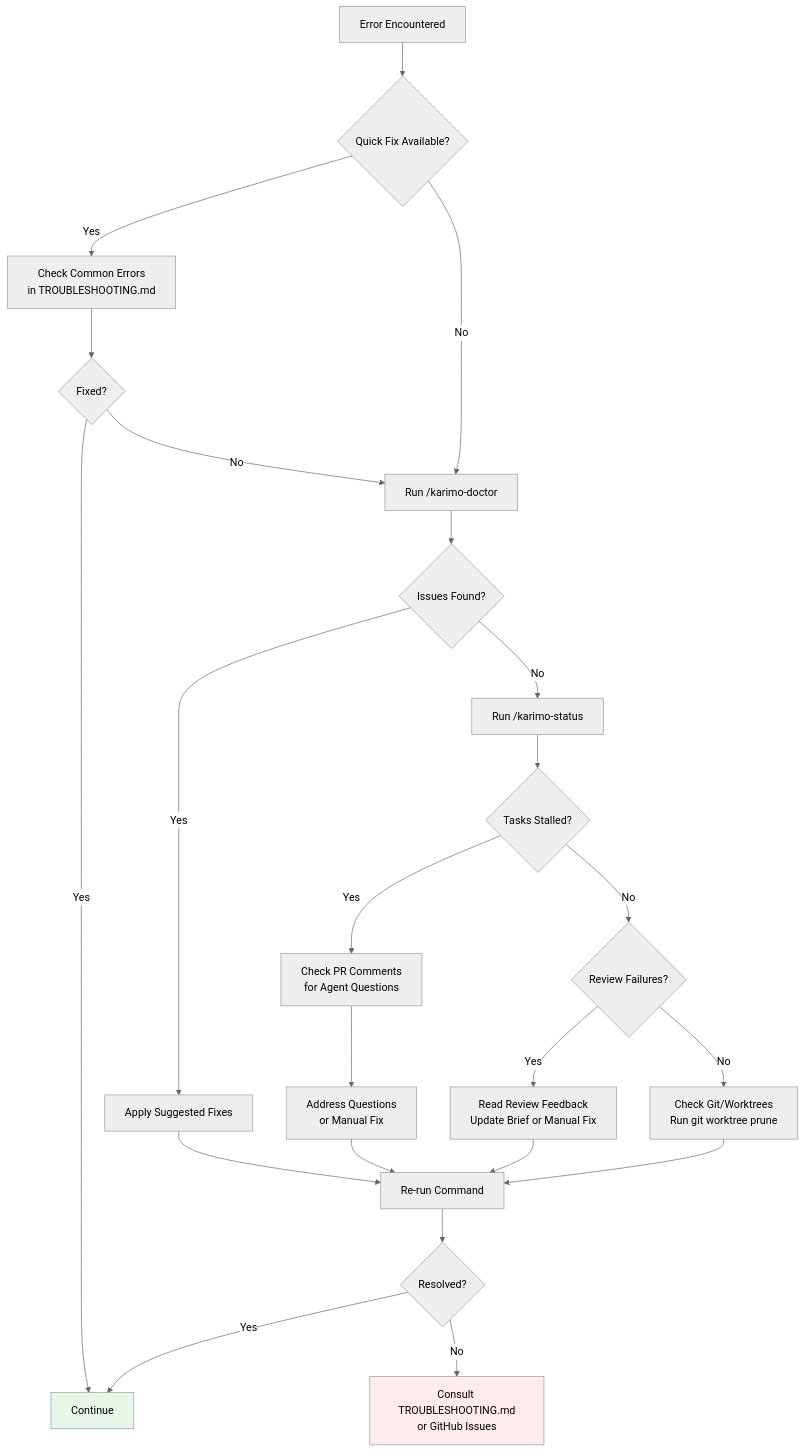
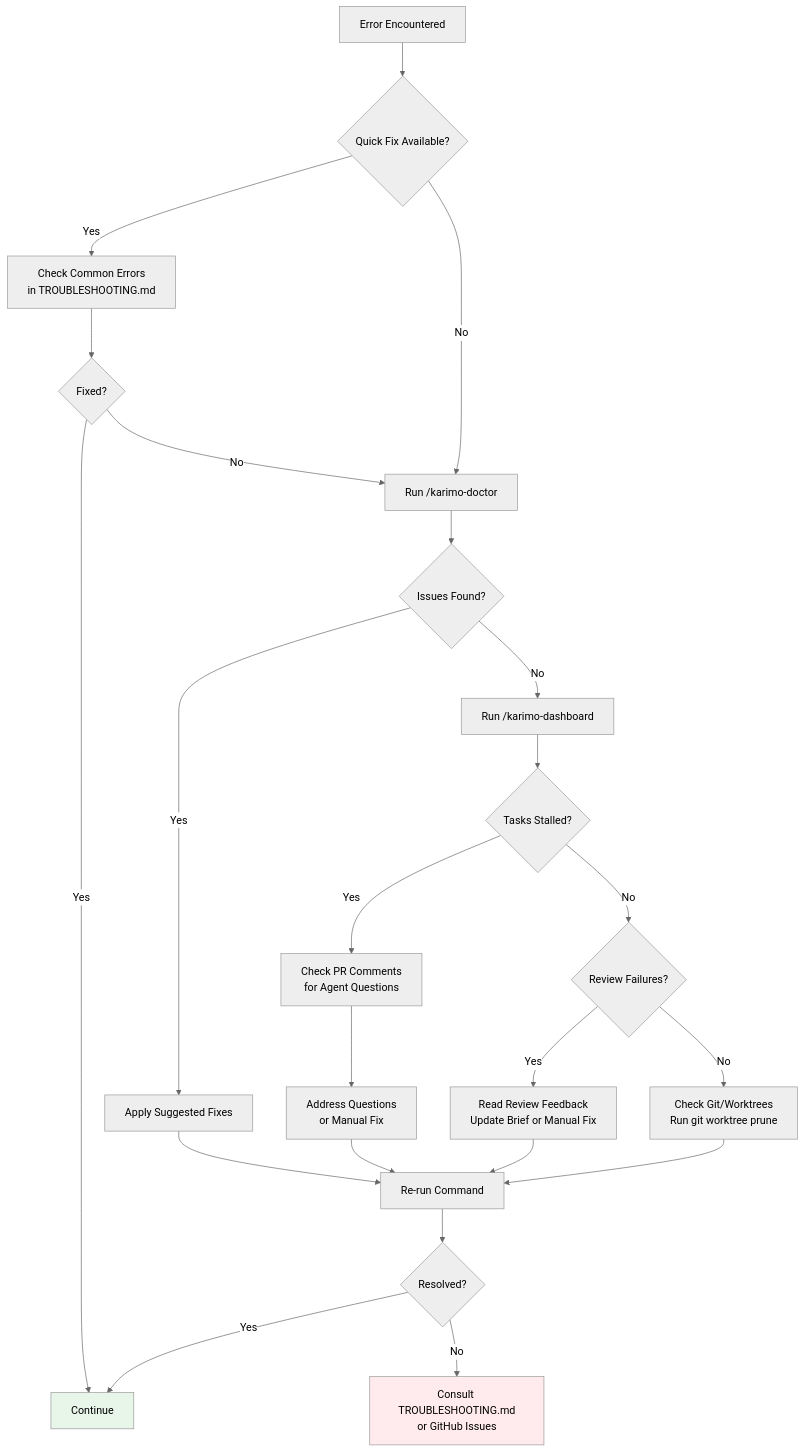
The fourth of 4 diagrams in .karimo/docs/DECISION_TREES.md (opensesh/KARIMO), drawn with Mermaid (neutral theme) before and after one commit. The commit also changed other lines of this file and 7 other files, not shown here.

````diff
--- a/.karimo/docs/DECISION_TREES.md
+++ b/.karimo/docs/DECISION_TREES.md
@@ -535,37 +535,37 @@
 ```mermaid
 graph TD
     A[Error Encountered] --> B{Quick Fix Available?}
 
     B -->|Yes| C[Check Common Errors<br/>in TROUBLESHOOTING.md]
     B -->|No| D[Run /karimo-doctor]
 
     C --> E{Fixed?}
     E -->|Yes| F[Continue]
     E -->|No| D
 
     D --> G{Issues Found?}
     G -->|Yes| H[Apply Suggested Fixes]
-    G -->|No| I[Run /karimo-status]
+    G -->|No| I[Run /karimo-dashboard]
 
     H --> J[Re-run Command]
 
     I --> K{Tasks Stalled?}
     K -->|Yes| L[Check PR Comments<br/>for Agent Questions]
     K -->|No| M{Review Failures?}
 
     L --> N[Address Questions<br/>or Manual Fix]
     N --> J
 
     M -->|Yes| O[Read Review Feedback<br/>Update Brief or Manual Fix]
     M -->|No| P[Check Git/Worktrees<br/>Run git worktree prune]
 
     O --> J
     P --> J
 
     J --> Q{Resolved?}
     Q -->|Yes| F
     Q -->|No| R[Consult TROUBLESHOOTING.md<br/>or GitHub Issues]
 
     style F fill:#e8f5e9
     style R fill:#ffebee
 ```
````
